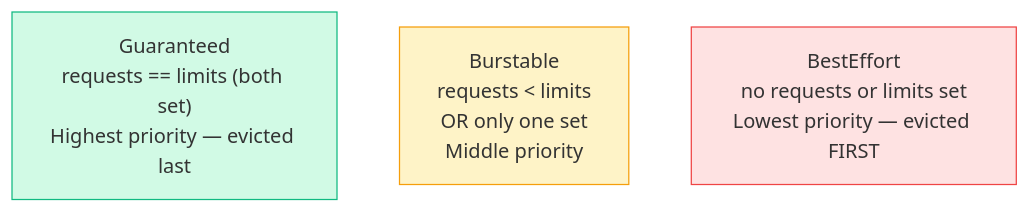
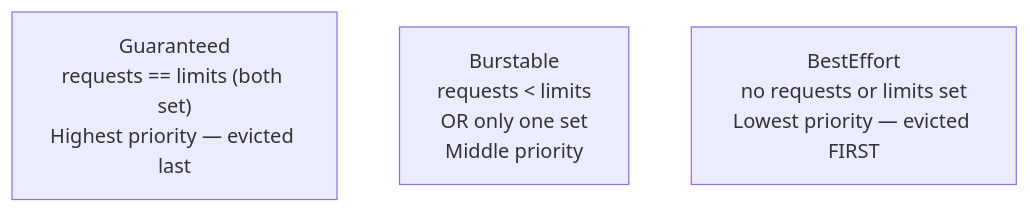
Before and after one commit to Gautam4424/k8slearn-content: the second of 2 diagrams in content/cka/05-scheduling-where-pods-land/54-resource-requests-limits-qos/54-resource-requests-limits-qos.md, drawn with Mermaid. The commit also changed other lines of this file and 40 other files, not shown here.

Commit message:
chore: fix mermaid style regex

````diff
--- a/content/cka/05-scheduling-where-pods-land/54-resource-requests-limits-qos/54-resource-requests-limits-qos.md
+++ b/content/cka/05-scheduling-where-pods-land/54-resource-requests-limits-qos/54-resource-requests-limits-qos.md
@@ -56,9 +54,6 @@
 ```mermaid
 flowchart TD
     G["Guaranteed\nrequests == limits (both set)\nHighest priority — evicted last"]
     B["Burstable\nrequests < limits\nOR only one set\nMiddle priority"]
     BE["BestEffort\nno requests or limits set\nLowest priority — evicted FIRST"]
-    style G fill:#d1fae5,stroke:#10b981
-    style B fill:#fef3c7,stroke:#f59e0b
-    style BE fill:#fee2e2,stroke:#ef4444
 ```
````
